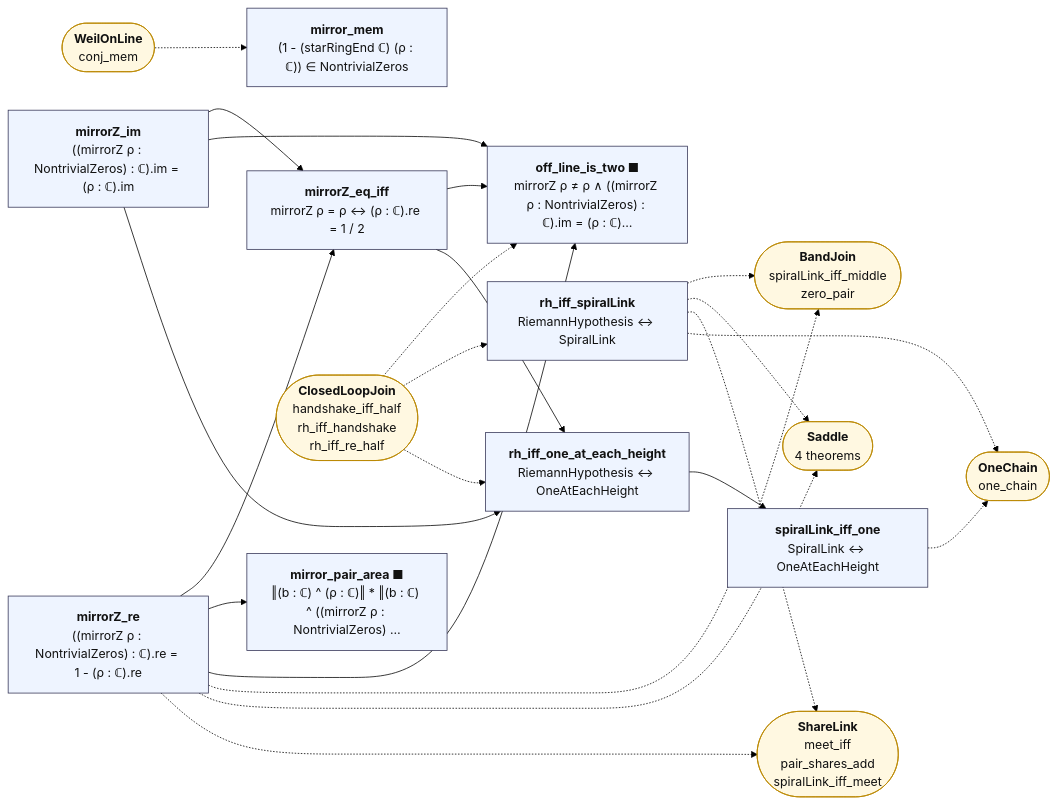
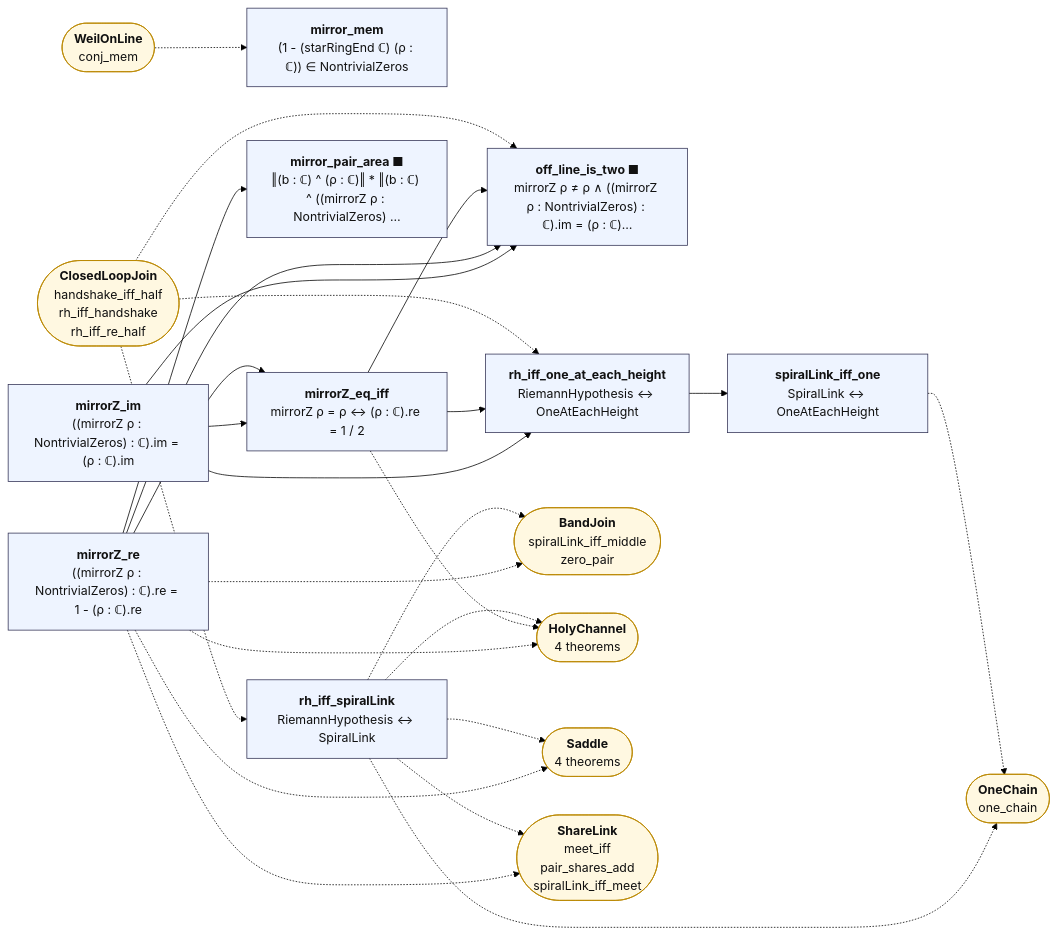
The diagram in map/lean_stage3/SpiralLink.mmd (juliansambranojr/Primebeat_081426), drawn with Mermaid (forest theme) before and after one commit. The commit also changed 29 other files, not shown here.

First line of the commit message:
Block J9: the Holy Family's channel (unit 0498)

```diff
--- a/map/lean_stage3/SpiralLink.mmd
+++ b/map/lean_stage3/SpiralLink.mmd
@@ -1,45 +1,49 @@
 flowchart LR
   n0["<b>mirror_mem</b><br/>(1 - (starRingEnd ℂ) (ρ : ℂ)) ∈ NontrivialZeros"]:::thm
   n1["<b>mirrorZ_im</b><br/>((mirrorZ ρ : NontrivialZeros) : ℂ).im = (ρ : ℂ).im"]:::thm
   n2["<b>mirrorZ_re</b><br/>((mirrorZ ρ : NontrivialZeros) : ℂ).re = 1 - (ρ : ℂ).re"]:::thm
   n3["<b>mirrorZ_eq_iff</b><br/>mirrorZ ρ = ρ ↔ (ρ : ℂ).re = 1 / 2"]:::thm
   n4["<b>mirror_pair_area ■</b><br/>‖(b : ℂ) ^ (ρ : ℂ)‖ * ‖(b : ℂ) ^ ((mirrorZ ρ : NontrivialZeros) …"]:::thm
   n5["<b>off_line_is_two ■</b><br/>mirrorZ ρ ≠ ρ ∧ ((mirrorZ ρ : NontrivialZeros) : ℂ).im = (ρ : ℂ)…"]:::thm
   n6["<b>rh_iff_spiralLink</b><br/>RiemannHypothesis ↔ SpiralLink"]:::thm
   n7["<b>rh_iff_one_at_each_height</b><br/>RiemannHypothesis ↔ OneAtEachHeight"]:::thm
   n8["<b>spiralLink_iff_one</b><br/>SpiralLink ↔ OneAtEachHeight"]:::thm
   x0(["<b>WeilOnLine</b><br/>conj_mem"]):::ext
   x1(["<b>BandJoin</b><br/>spiralLink_iff_middle<br/>zero_pair"]):::ext
-  x2(["<b>Saddle</b><br/>4 theorems"]):::ext
-  x3(["<b>ShareLink</b><br/>meet_iff<br/>pair_shares_add<br/>spiralLink_iff_meet"]):::ext
-  x4(["<b>ClosedLoopJoin</b><br/>handshake_iff_half<br/>rh_iff_handshake<br/>rh_iff_re_half"]):::ext
-  x5(["<b>OneChain</b><br/>one_chain"]):::ext
+  x2(["<b>HolyChannel</b><br/>4 theorems"]):::ext
+  x3(["<b>Saddle</b><br/>4 theorems"]):::ext
+  x4(["<b>ShareLink</b><br/>meet_iff<br/>pair_shares_add<br/>spiralLink_iff_meet"]):::ext
+  x5(["<b>ClosedLoopJoin</b><br/>handshake_iff_half<br/>rh_iff_handshake<br/>rh_iff_re_half"]):::ext
+  x6(["<b>OneChain</b><br/>one_chain"]):::ext
   n1 --> n3
   n1 --> n5
   n1 --> n7
   n2 --> n3
   n2 --> n4
   n2 --> n5
   n3 --> n5
   n3 --> n7
   n7 --> n8
   n2 -.-> x1
   n2 -.-> x2
   n2 -.-> x3
+  n2 -.-> x4
+  n3 -.-> x2
   n6 -.-> x1
   n6 -.-> x2
   n6 -.-> x3
-  n6 -.-> x5
-  n8 -.-> x5
+  n6 -.-> x4
+  n6 -.-> x6
+  n8 -.-> x6
   x0 -.-> n0
-  x4 -.-> n5
-  x4 -.-> n6
-  x4 -.-> n7
+  x5 -.-> n5
+  x5 -.-> n6
+  x5 -.-> n7
   classDef cnt fill:#dff5ec,stroke:#17694a,color:#111
   classDef shp fill:#f1ecfb,stroke:#5b3fa0,color:#111
   classDef rh fill:#ffe5e5,stroke:#c22,color:#111,stroke-width:2px
   classDef thm fill:#eef4ff,stroke:#335,color:#111
   classDef end_ fill:#e7f7e7,stroke:#2a7,color:#111,stroke-width:2px
   classDef lone fill:#fff,stroke:#999,color:#111,stroke-dasharray:4 3
   classDef bad fill:#ffe5e5,stroke:#c22,color:#111,stroke-width:2px
   classDef ext fill:#fff8e1,stroke:#b80,color:#111
```
